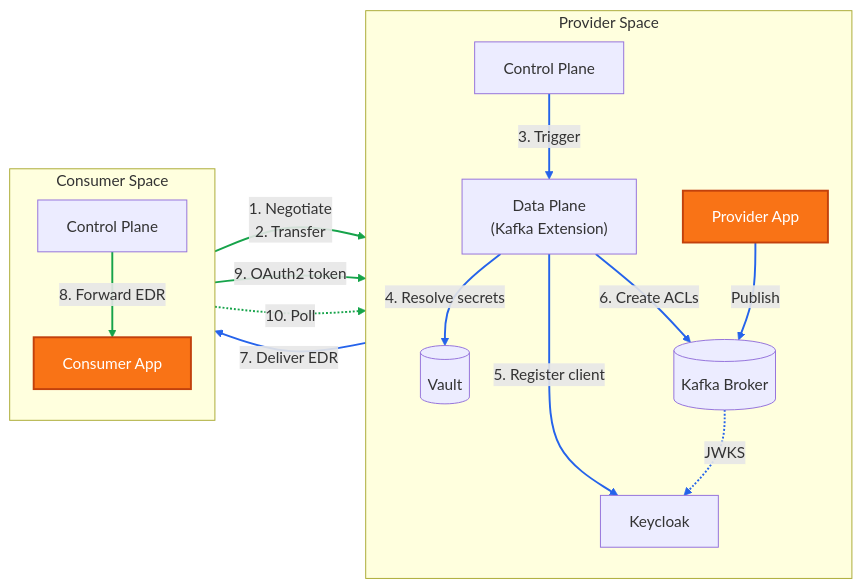
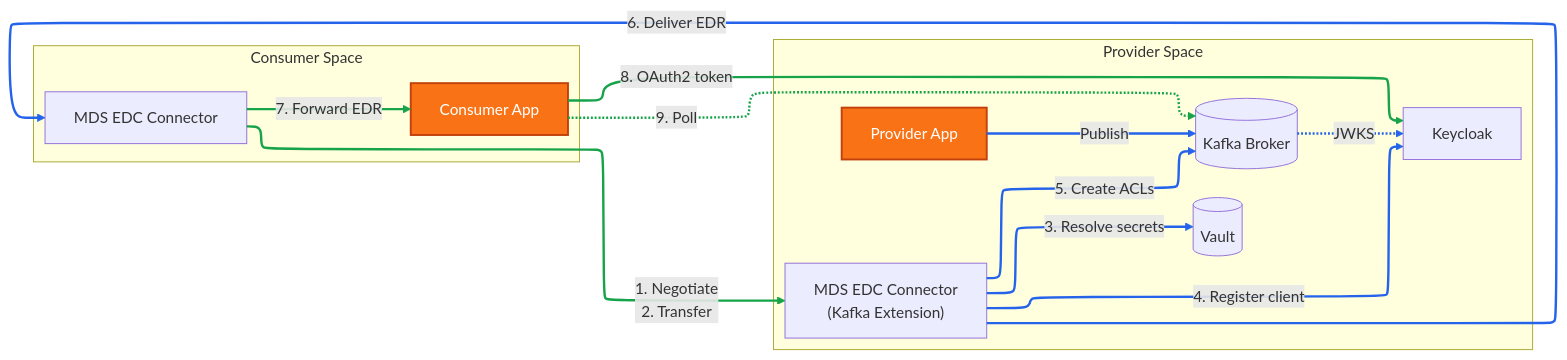
One commit to Mobility-Data-Space/mds-edc changed the first of 2 diagrams in docs/usage/mds_transfer_modes/kafka.md. Above: the diagram before and after it, drawn with Mermaid. The commit also changed other lines of this file, not shown here.

Commit message:
docs: restructure kafka.md with e2e overview first

````diff
--- a/docs/usage/mds_transfer_modes/kafka.md
+++ b/docs/usage/mds_transfer_modes/kafka.md
@@ -96,37 +11,34 @@
 ```mermaid
-%%{init: {'theme': 'default', 'flowchart': {'useMaxWidth': false, 'nodeSpacing': 30, 'rankSpacing': 40}} }%%
+%%{init: {'flowchart': {'defaultRenderer': 'elk'}} }%%
 graph LR
     subgraph PS["Provider Space"]
         direction TB
-        PCP["Control Plane"]
-        PDP["Data Plane\n(Kafka Extension)"]
+        PC["MDS EDC Connector\n(Kafka Extension)"]
         V[("Vault")]
         PA["Provider App"]:::participant
         OIDC["Keycloak"]
         KB[("Kafka Broker")]
-
-        PCP -->|"3. Trigger"| PDP
-        PDP -->|"4. Resolve secrets"| V
-        PDP -->|"5. Register client"| OIDC
-        PDP -->|"6. Create ACLs"| KB
-        PA -->|"Publish"| KB
-        KB -.->|"JWKS"| OIDC
     end
 
     subgraph CS["Consumer Space"]
         direction TB
-        CCP["Control Plane"]
+        CC["MDS EDC Connector"]
         CA["Consumer App"]:::participant
-
-        CCP -->|"8. Forward EDR"| CA
     end
 
-    CCP -->|"1. Negotiate\n2. Transfer"| PCP
-    PDP -->|"7. Deliver EDR"| CCP
-    CA -->|"9. OAuth2 token"| OIDC
-    CA -.->|"10. Poll"| KB
+    CC -- "1. Negotiate\n2. Transfer" --> PC
+    CC -- "7. Forward EDR" --> CA
+    CA -- "8. OAuth2 token" --> OIDC
+    CA -. "9. Poll" .-> KB
+
+    PC -- "3. Resolve secrets" --> V
+    PC -- "4. Register client" --> OIDC
+    PC -- "5. Create ACLs" --> KB
+    PC -- "6. Deliver EDR" --> CC
+    PA -- "Publish" --> KB
+    KB -. "JWKS" .-> OIDC
 
     classDef participant fill:#f97316,stroke:#c2410c,color:#fff,stroke-width:2px
-    linkStyle 0,1,2,3,4,5,8 stroke:#2563eb,stroke-width:2px
-    linkStyle 6,7,9,10 stroke:#16a34a,stroke-width:2px
+    linkStyle 0,1,2,3 stroke:#16a34a,stroke-width:2.5px
+    linkStyle 4,5,6,7,8,9 stroke:#2563eb,stroke-width:2.5px
 ```
````
